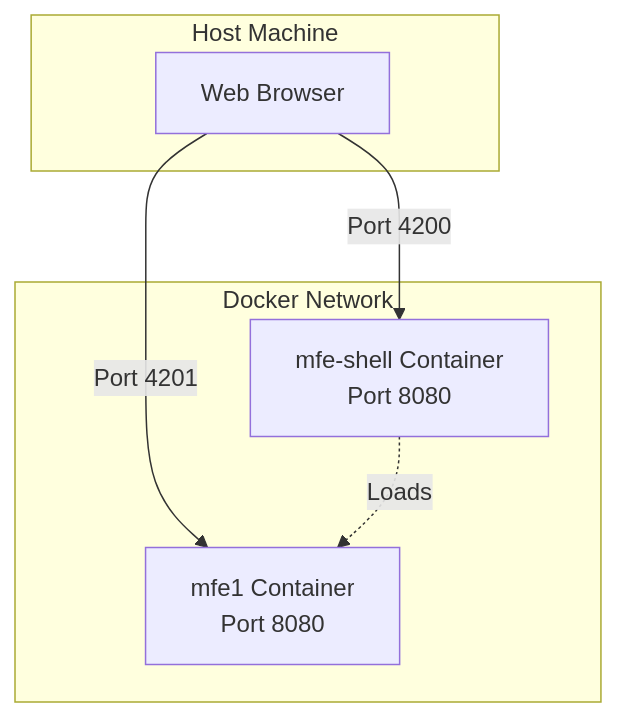
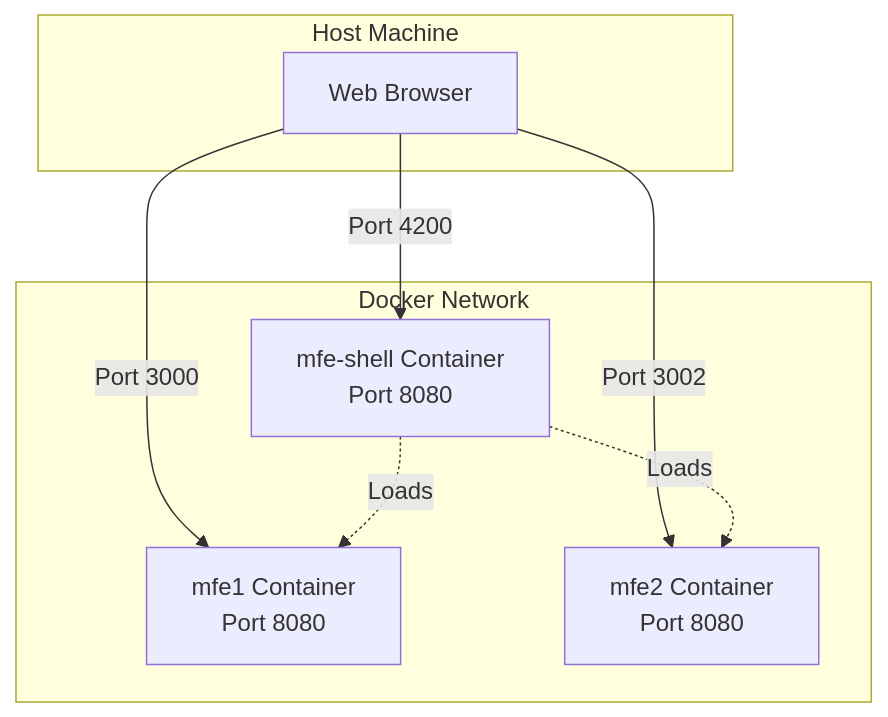
The diagram in README.md (PolecatWorks/Mfe-shell), drawn with Mermaid before and after one commit. The commit also changed other lines of this file, not shown here.

````diff
--- a/README.md
+++ b/README.md
@@ -108,16 +126,19 @@
 ```mermaid
 graph TD
     subgraph "Host Machine"
         Browser[Web Browser]
     end
 
     subgraph "Docker Network"
         Shell[mfe-shell Container<br/>Port 8080]
         MFE1[mfe1 Container<br/>Port 8080]
+        MFE2[mfe2 Container<br/>Port 8080]
     end
 
     Browser -->|Port 4200| Shell
-    Browser -->|Port 4201| MFE1
+    Browser -->|Port 3000| MFE1
+    Browser -->|Port 3002| MFE2
 
     Shell -.->|Loads| MFE1
+    Shell -.->|Loads| MFE2
 ```
````
